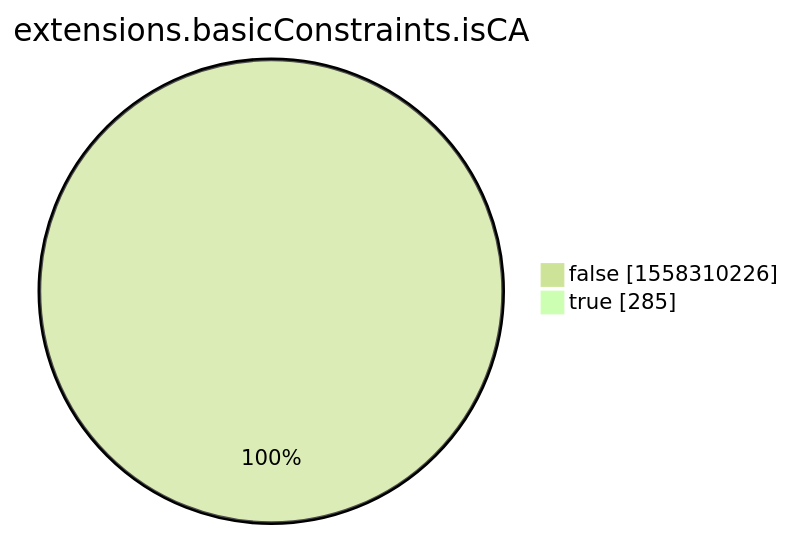
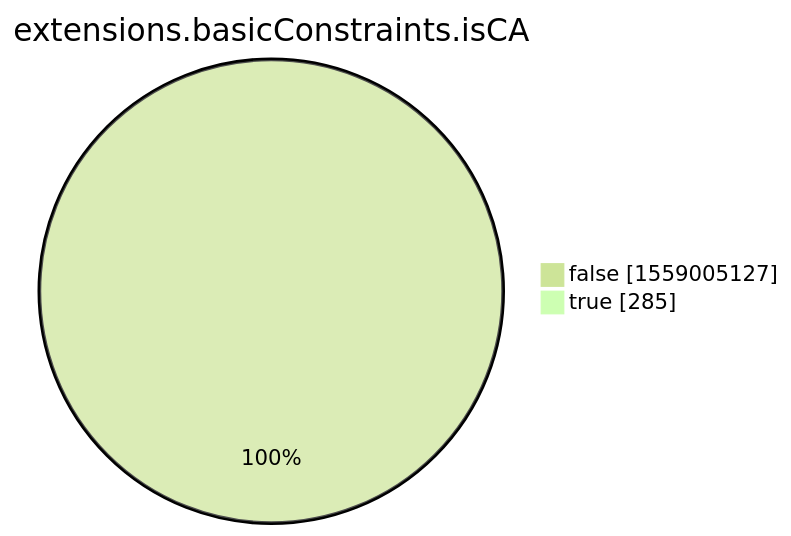
Before and after one commit to christiankrug/ctmonitor_visualization: the eighth of 15 diagrams in xenon2022/README.md, drawn with Mermaid (forest theme). The commit also changed other lines of this file, not shown here.

````diff
--- a/xenon2022/README.md
+++ b/xenon2022/README.md
@@ -2860,6 +2860,6 @@
 ```mermaid
 pie showData
 title extensions.basicConstraints.isCA
-"false" :1558310226
+"false" :1559005127
 "true" :285
 ```
````
